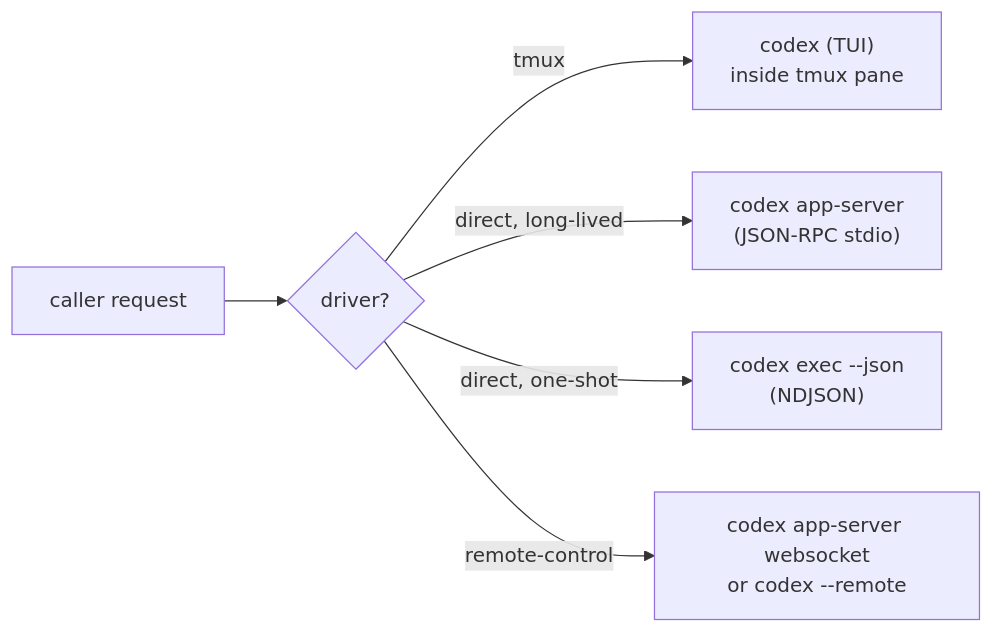
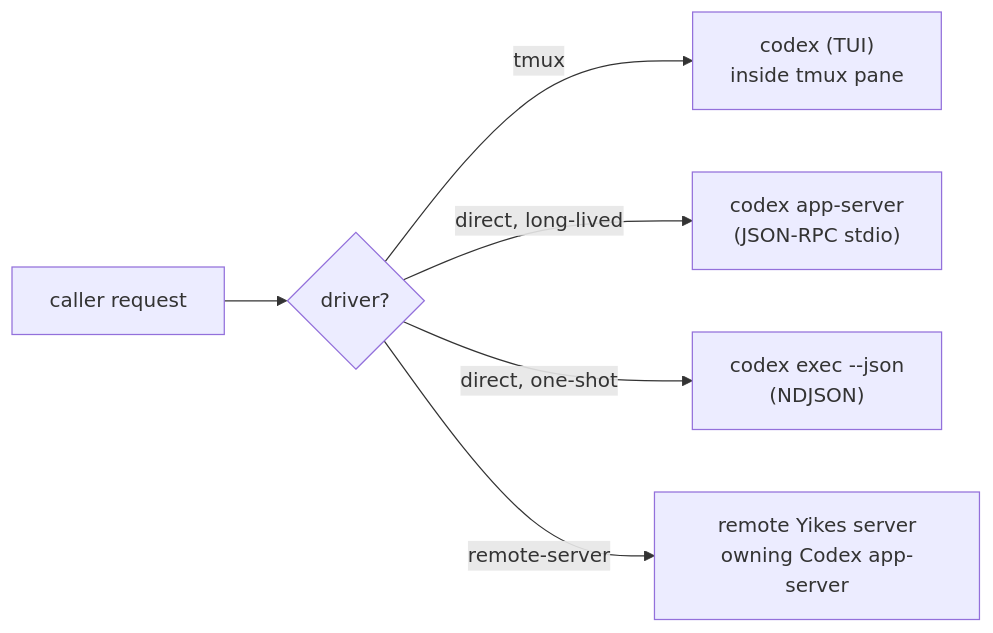
The first of 4 diagrams in docs/backends/codex.md (Alyxion/yikes), drawn with Mermaid before and after one commit. The commit also changed other lines of this file and 40 other files, not shown here.

````diff
--- a/docs/backends/codex.md
+++ b/docs/backends/codex.md
@@ -5,8 +5,8 @@
 ```mermaid
 flowchart LR
     req[caller request] --> mode{driver?}
     mode -->|tmux| tui["codex (TUI)<br/>inside tmux pane"]
     mode -->|direct, long-lived| as["codex app-server<br/>(JSON-RPC stdio)"]
     mode -->|direct, one-shot| ex["codex exec --json<br/>(NDJSON)"]
-    mode -->|remote-control| rc["codex app-server websocket<br/>or codex --remote"]
+    mode -->|remote-server| rc["remote Yikes server<br/>owning Codex app-server"]
 ```
````
